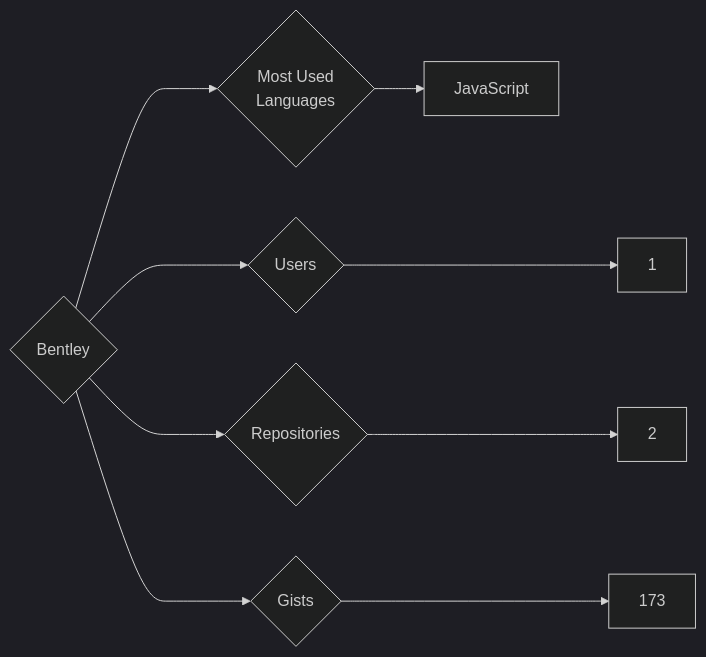
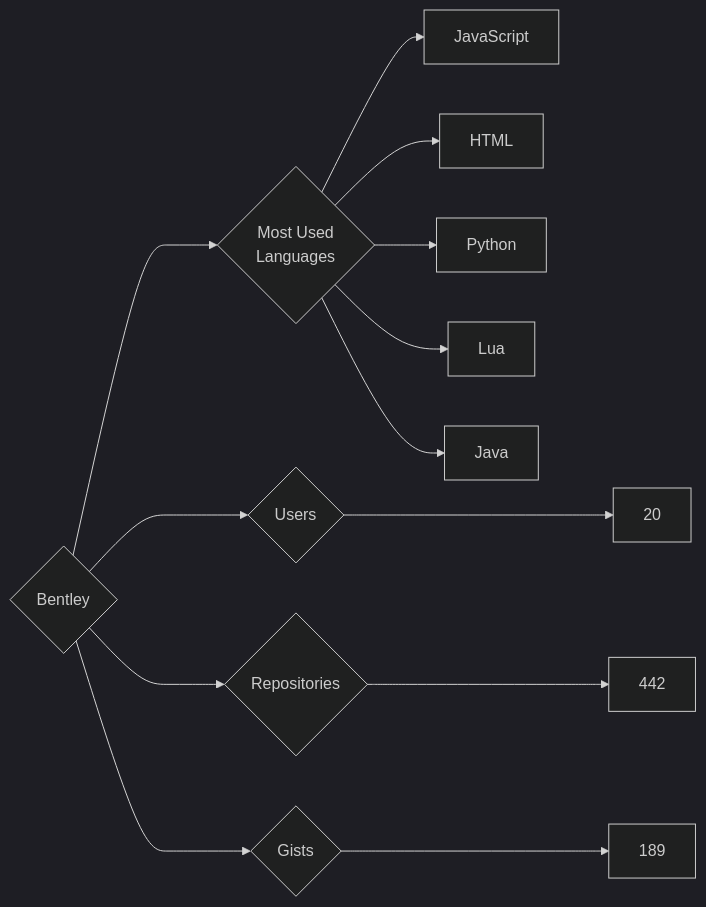
The diagram in targets/Bentley/README.md (trickest/insiders), drawn with Mermaid (dark theme) before and after one commit. The commit also changed 644 other files, not shown here.

````diff
--- a/targets/Bentley/README.md
+++ b/targets/Bentley/README.md
@@ -3,9 +3,13 @@
 ```mermaid
 graph LR
 COMPANY_NAME{Bentley}
-COMPANY_NAME ---> U{Users} ---> UN[1]
-COMPANY_NAME ---> R{Repositories} ---> RN[2]
-COMPANY_NAME ---> G{Gists} ---> GN[173]
+COMPANY_NAME ---> U{Users} ---> UN[20]
+COMPANY_NAME ---> R{Repositories} ---> RN[442]
+COMPANY_NAME ---> G{Gists} ---> GN[189]
 COMPANY_NAME ---> ML{Most Used<br>Languages}
 ML --> JavaScript[JavaScript]
+ML --> HTML[HTML]
+ML --> Python[Python]
+ML --> Lua[Lua]
+ML --> Java[Java]
 ```
````
